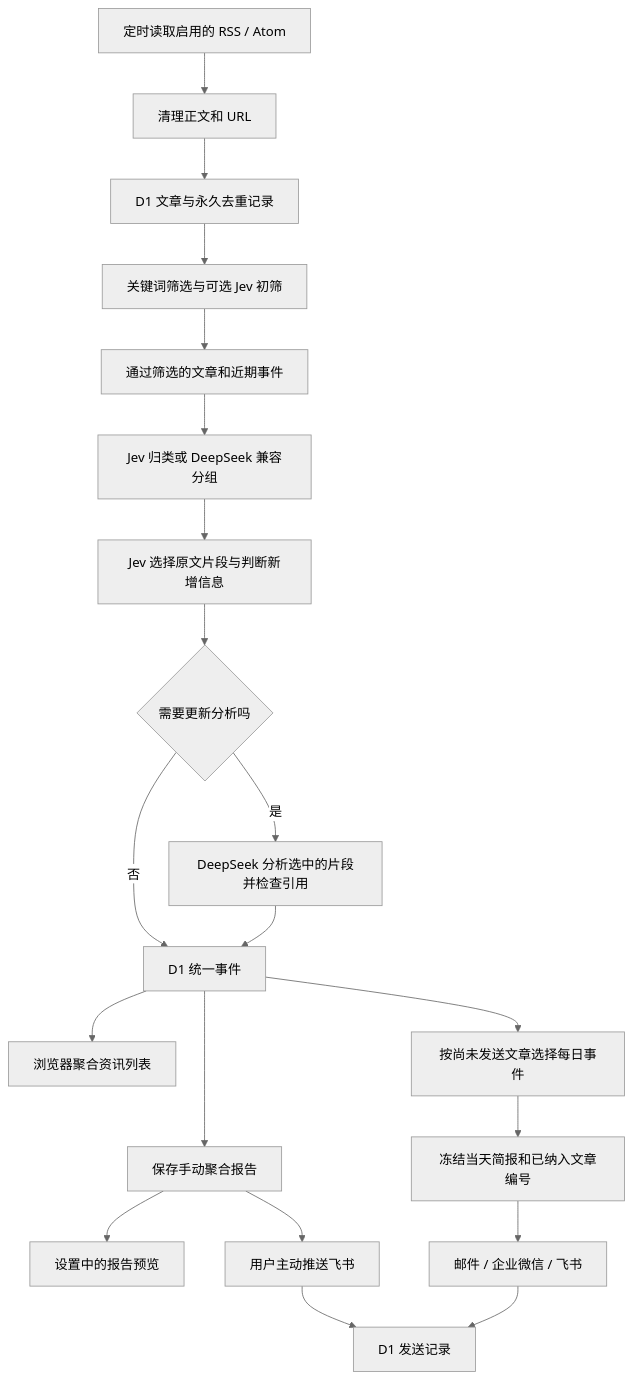
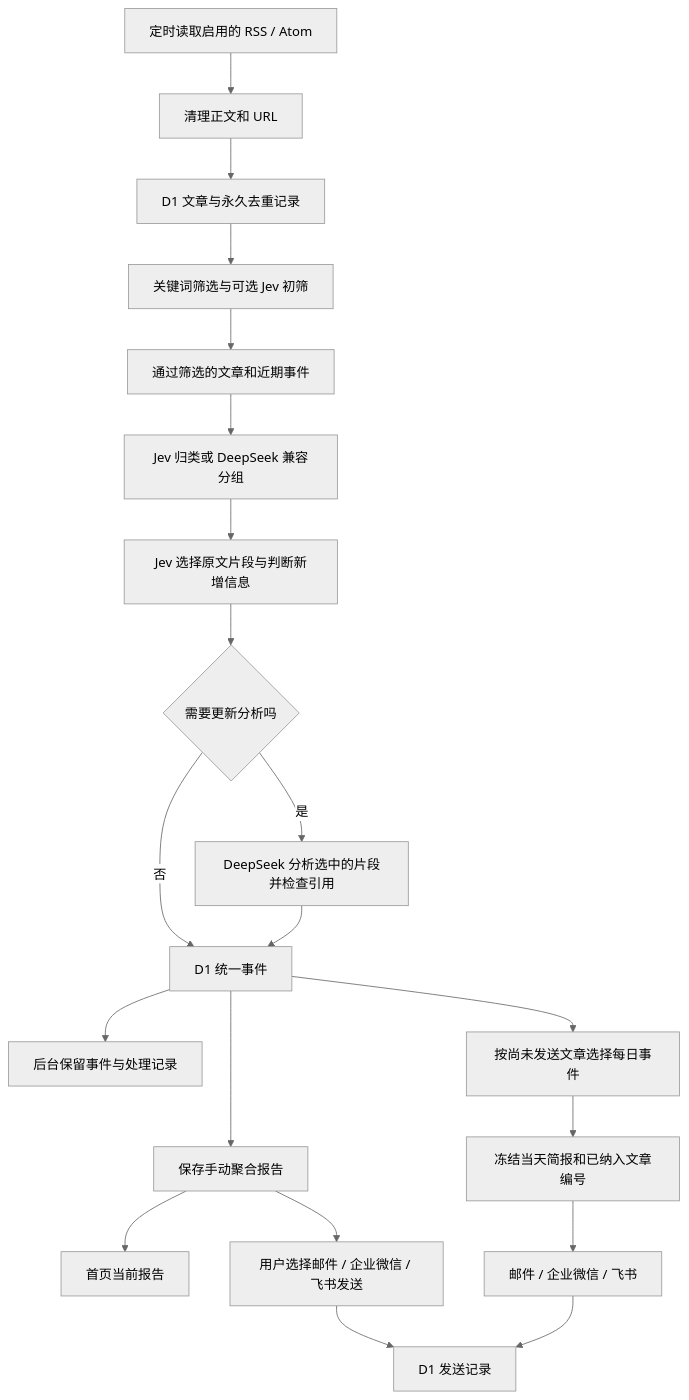
The diagram in ARCHITECTURE.md (sulik0/lingxi-tech-reader), drawn with Mermaid (neutral theme) before and after one commit. The commit also changed other lines of this file and 23 other files, not shown here.

````diff
--- a/ARCHITECTURE.md
+++ b/ARCHITECTURE.md
@@ -31,22 +31,22 @@
 ```mermaid
 flowchart TD
   A[定时读取启用的 RSS / Atom] --> B[清理正文和 URL]
   B --> C[D1 文章与永久去重记录]
   C --> P[关键词筛选与可选 Jev 初筛]
   P --> D[通过筛选的文章和近期事件]
   D --> E[Jev 归类或 DeepSeek 兼容分组]
   E --> V[Jev 选择原文片段与判断新增信息]
   V --> U{需要更新分析吗}
   U -->|否| G
   U -->|是| F[DeepSeek 分析选中的片段并检查引用]
   F --> G[D1 统一事件]
   G --> H[保存手动聚合报告]
-  G --> M[浏览器聚合资讯列表]
-  H --> R[设置中的报告预览]
-  H --> N[用户主动推送飞书]
+  G --> M[后台保留事件与处理记录]
+  H --> R[首页当前报告]
+  H --> N[用户选择邮件 / 企业微信 / 飞书发送]
   N --> L
   G --> I[按尚未发送文章选择每日事件]
   I --> J[冻结当天简报和已纳入文章编号]
   J --> K[邮件 / 企业微信 / 飞书]
   K --> L[D1 发送记录]
 ```
````
